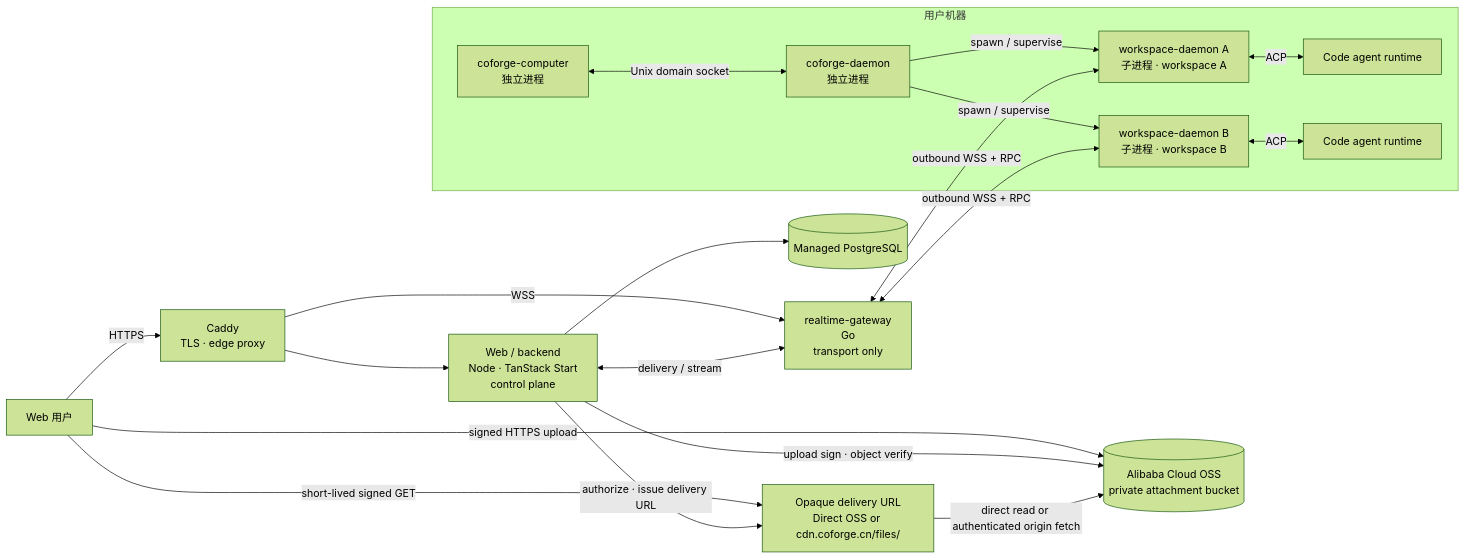
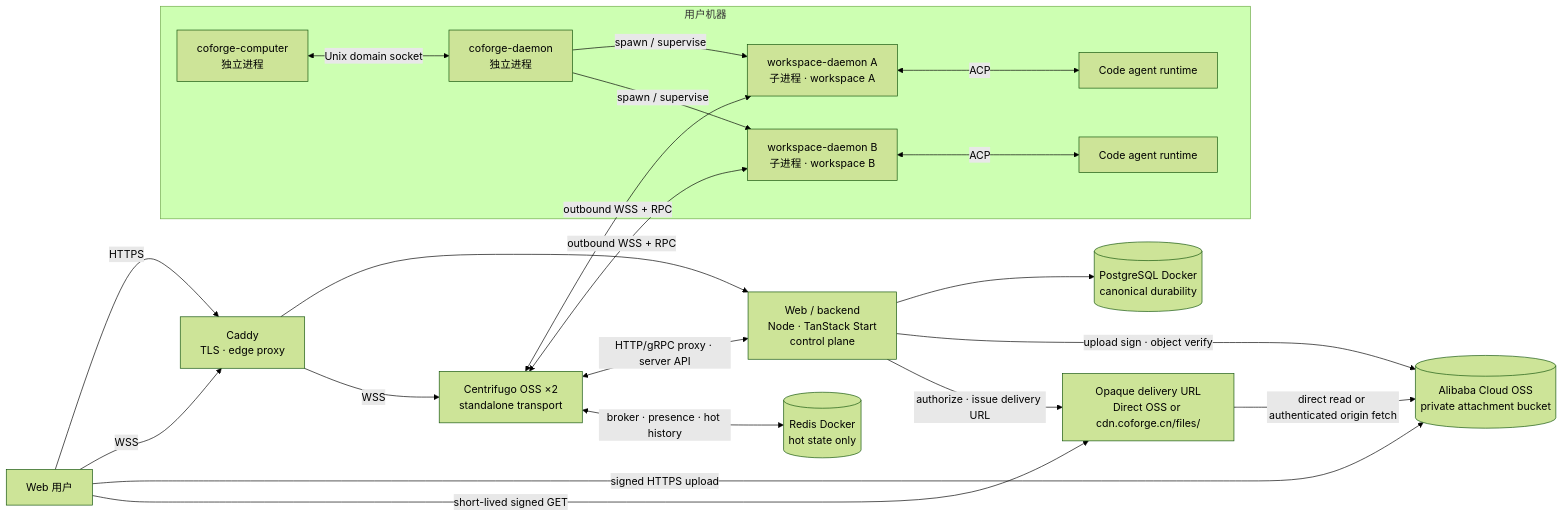
Before and after one commit to LRM-Teams/coforge: the diagram in docs/architecture.md, drawn with Mermaid (forest theme). The commit also changed other lines of this file and 3 other files, not shown here.

Commit message:
docs(architecture): adopt standalone Centrifugo

````diff
--- a/docs/architecture.md
+++ b/docs/architecture.md
@@ -25,31 +25,33 @@
 ```mermaid
 flowchart LR
     User[Web 用户] -->|HTTPS| Caddy[Caddy<br/>TLS · edge proxy]
+    User -->|WSS| Caddy
     User -->|signed HTTPS upload| OSS[(Alibaba Cloud OSS<br/>private attachment bucket)]
     User -->|short-lived signed GET| Delivery[Opaque delivery URL<br/>Direct OSS or cdn.coforge.cn/files/]
     Caddy --> Web[Web / backend<br/>Node · TanStack Start<br/>control plane]
-    Caddy -->|WSS| Gateway[realtime-gateway<br/>Go<br/>transport only]
-    Web --> DB[(Managed PostgreSQL)]
+    Caddy -->|WSS| Realtime[Centrifugo OSS ×2<br/>standalone transport]
+    Web --> DB[(PostgreSQL Docker<br/>canonical durability)]
+    Realtime <-->|HTTP/gRPC proxy · server API| Web
+    Realtime <-->|broker · presence · hot history| Redis[(Redis Docker<br/>hot state only)]
     Web -->|upload sign · object verify| OSS
     Web -->|authorize · issue delivery URL| Delivery
     Delivery -->|direct read or authenticated origin fetch| OSS
-    Web <-->|delivery / stream| Gateway
 
     subgraph Host[用户机器]
         Computer[coforge-computer<br/>独立进程]
         Daemon[coforge-daemon<br/>独立进程]
         WD1[workspace-daemon A<br/>子进程 · workspace A]
         WD2[workspace-daemon B<br/>子进程 · workspace B]
         Agent1[Code agent runtime]
         Agent2[Code agent runtime]
 
         Computer <-->|Unix domain socket| Daemon
         Daemon -->|spawn / supervise| WD1
         Daemon -->|spawn / supervise| WD2
         WD1 <-->|ACP| Agent1
         WD2 <-->|ACP| Agent2
     end
 
-    Gateway <-->|outbound WSS + RPC| WD1
-    Gateway <-->|outbound WSS + RPC| WD2
+    Realtime <-->|outbound WSS + RPC| WD1
+    Realtime <-->|outbound WSS + RPC| WD2
 ```
````
